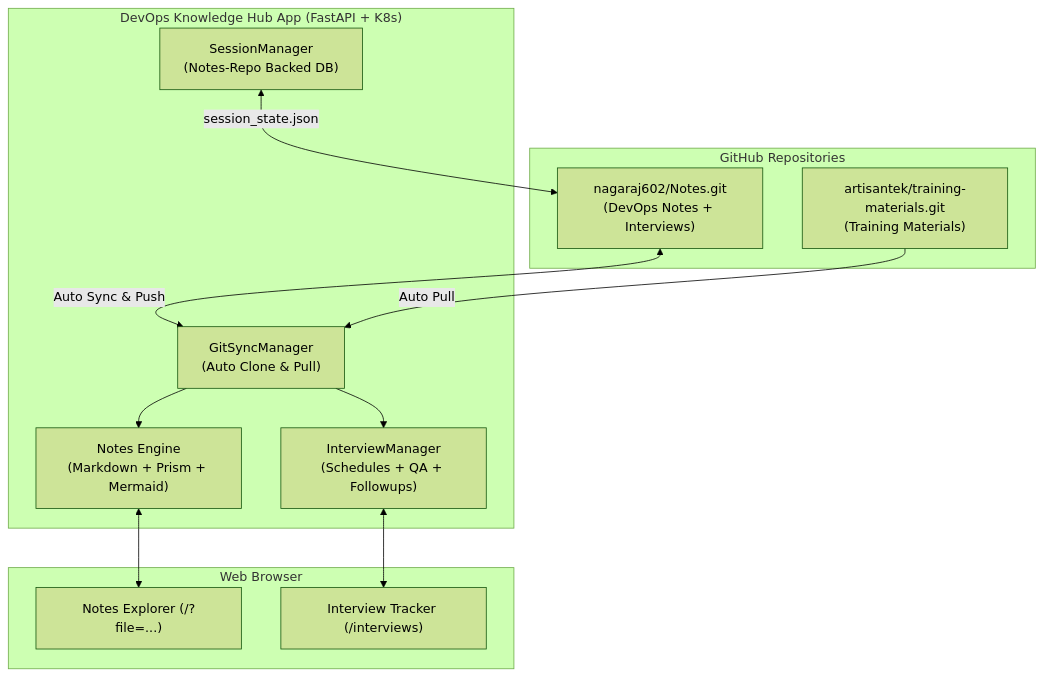
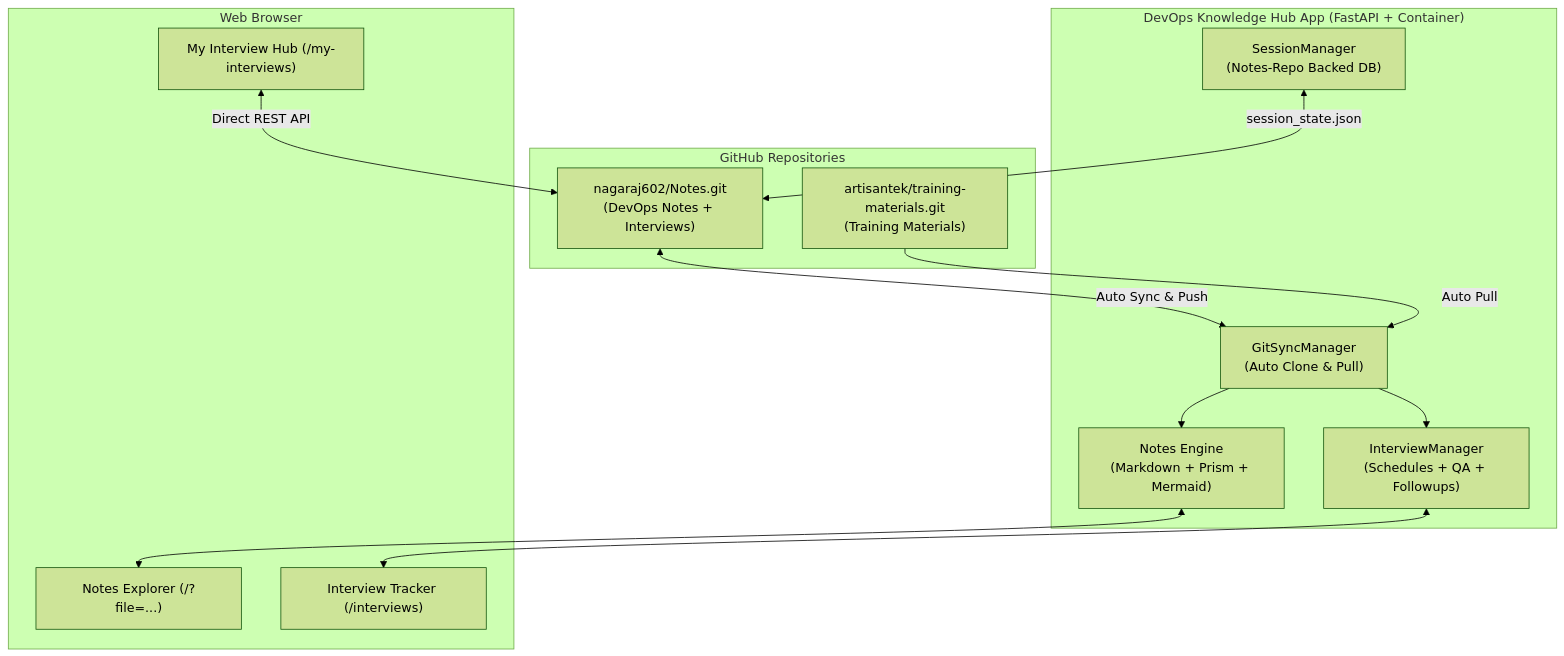
The diagram in devops-notes-portal-web-app/README.md (nagaraj602/Notes), drawn with Mermaid (forest theme) before and after one commit. The commit also changed other lines of this file and 4 other files, not shown here.

````diff
--- a/devops-notes-portal-web-app/README.md
+++ b/devops-notes-portal-web-app/README.md
@@ -34,27 +35,29 @@
 ```mermaid
 flowchart TD
     subgraph GitHub["GitHub Repositories"]
         R1["nagaraj602/Notes.git<br/>(DevOps Notes + Interviews)"]
         R2["artisantek/training-materials.git<br/>(Training Materials)"]
     end
 
-    subgraph Portal["DevOps Knowledge Hub App (FastAPI + K8s)"]
+    subgraph Portal["DevOps Knowledge Hub App (FastAPI + Container)"]
         Sync["GitSyncManager<br/>(Auto Clone & Pull)"]
         NotesAPI["Notes Engine<br/>(Markdown + Prism + Mermaid)"]
         HubAPI["InterviewManager<br/>(Schedules + QA + Followups)"]
         SessionDB["SessionManager<br/>(Notes-Repo Backed DB)"]
     end
 
     subgraph Client["Web Browser"]
         UI1["Notes Explorer (/?file=...)"]
         UI2["Interview Tracker (/interviews)"]
+        UI3["My Interview Hub (/my-interviews)"]
     end
 
     R1 <-->|Auto Sync & Push| Sync
     R2 -->|Auto Pull| Sync
     Sync --> NotesAPI
     Sync --> HubAPI
     SessionDB <-->|session_state.json| R1
     NotesAPI <--> UI1
     HubAPI <--> UI2
+    UI3 <-->|Direct REST API| R1
 ```
````
